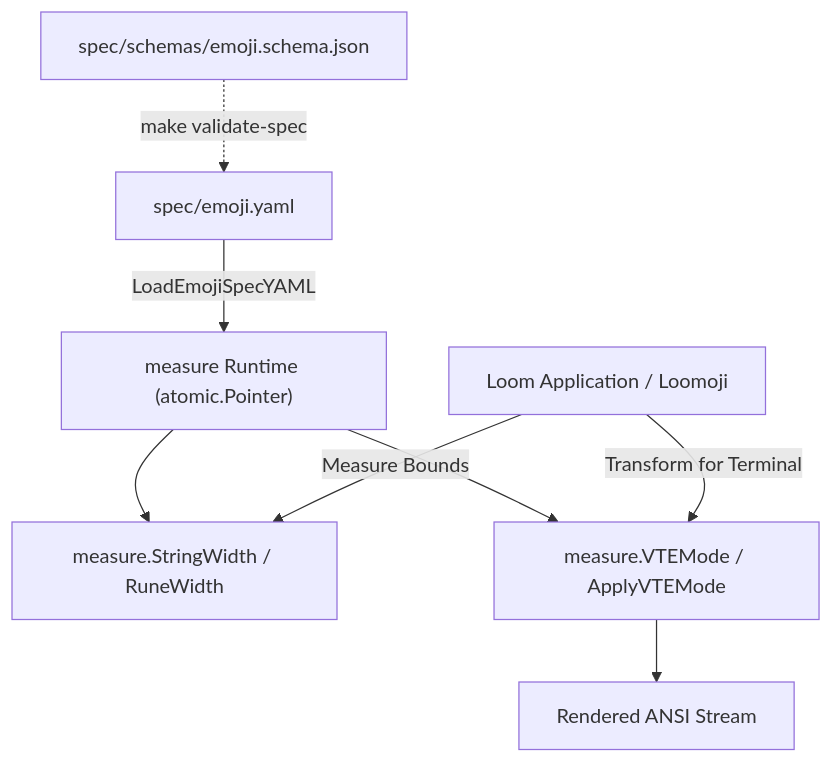
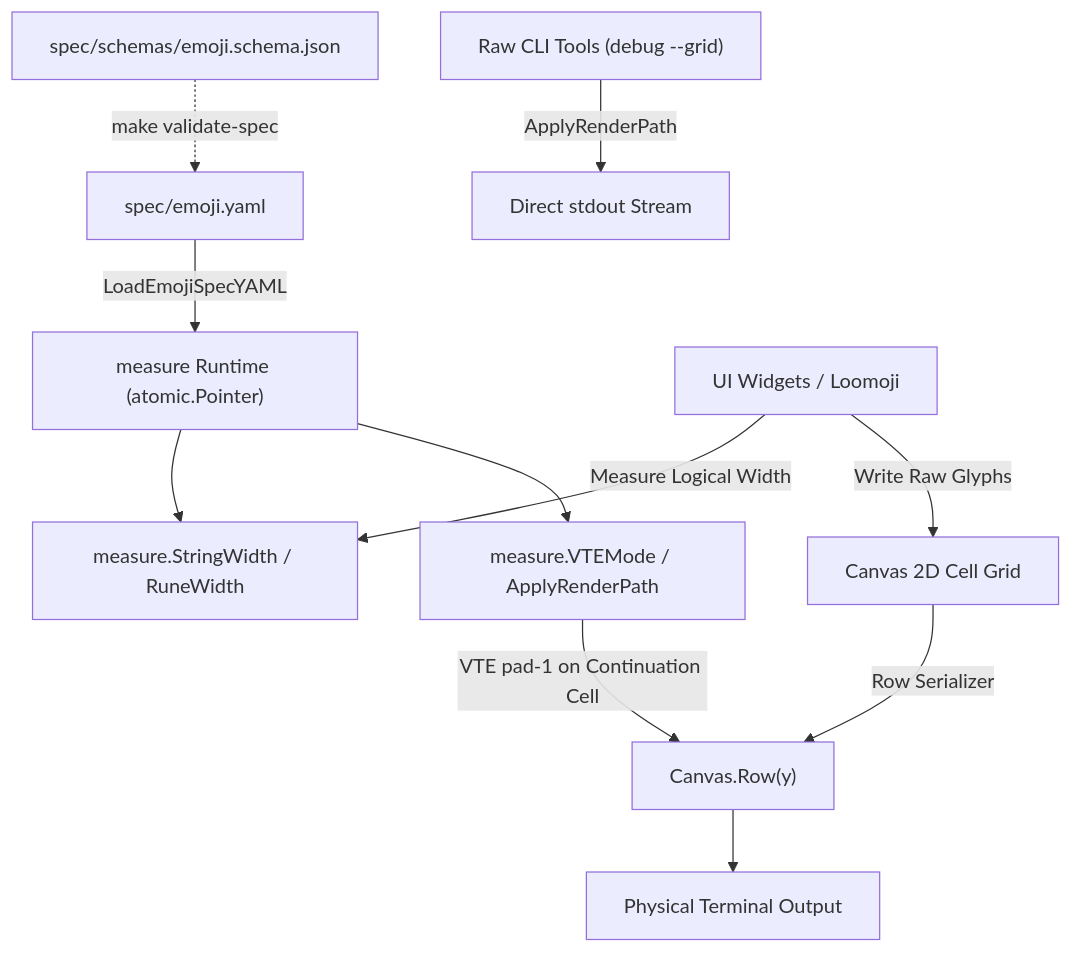
The diagram in docs/EmojiWidth.md (ubunatic/loom), drawn with Mermaid before and after one commit. The commit also changed other lines of this file, not shown here.

Commit message:
docs: update EmojiWidth evergreen with canvas serializer continuation architecture

````diff
--- a/docs/EmojiWidth.md
+++ b/docs/EmojiWidth.md
@@ -46,12 +49,17 @@
 ```mermaid
 flowchart TD
     SpecFile["spec/emoji.yaml"] -->|LoadEmojiSpecYAML| Runtime["measure Runtime (atomic.Pointer)"]
     Schema["spec/schemas/emoji.schema.json"] -.->|make validate-spec| SpecFile
 
     Runtime --> MeasureFuncs["measure.StringWidth / RuneWidth"]
-    Runtime --> ModeFuncs["measure.VTEMode / ApplyVTEMode"]
+    Runtime --> ModeFuncs["measure.VTEMode / ApplyRenderPath"]
 
-    App["Loom Application / Loomoji"] -->|Measure Bounds| MeasureFuncs
-    App -->|Transform for Terminal| ModeFuncs
-    ModeFuncs --> RenderOutput["Rendered ANSI Stream"]
+    Widget["UI Widgets / Loomoji"] -->|Measure Logical Width| MeasureFuncs
+    Widget -->|Write Raw Glyphs| Canvas["Canvas 2D Cell Grid"]
+
+    Canvas -->|Row Serializer| Serializer["Canvas.Row(y)"]
+    ModeFuncs -->|VTE pad-1 on Continuation Cell| Serializer
+    Serializer --> Terminal["Physical Terminal Output"]
+
+    RawCLI["Raw CLI Tools (debug --grid)"] -->|ApplyRenderPath| Stdout["Direct stdout Stream"]
 ```
````
